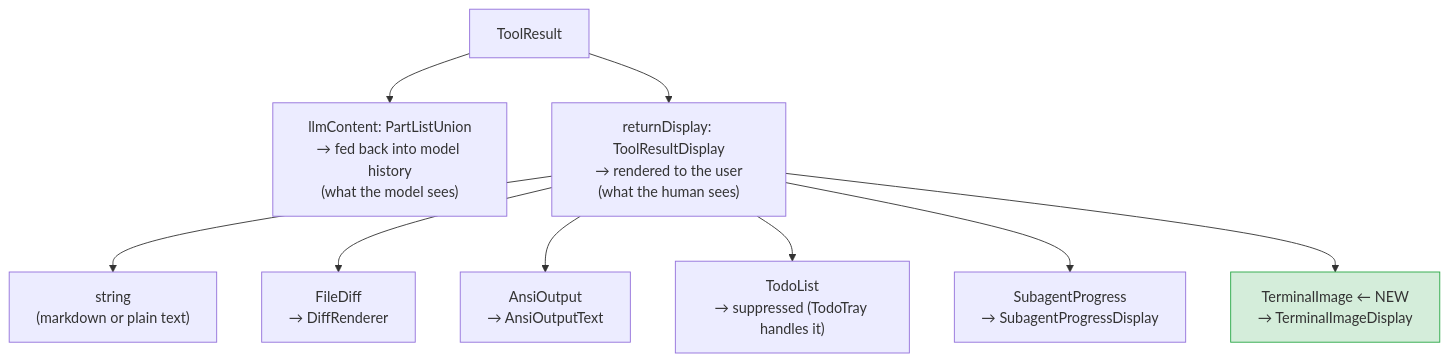
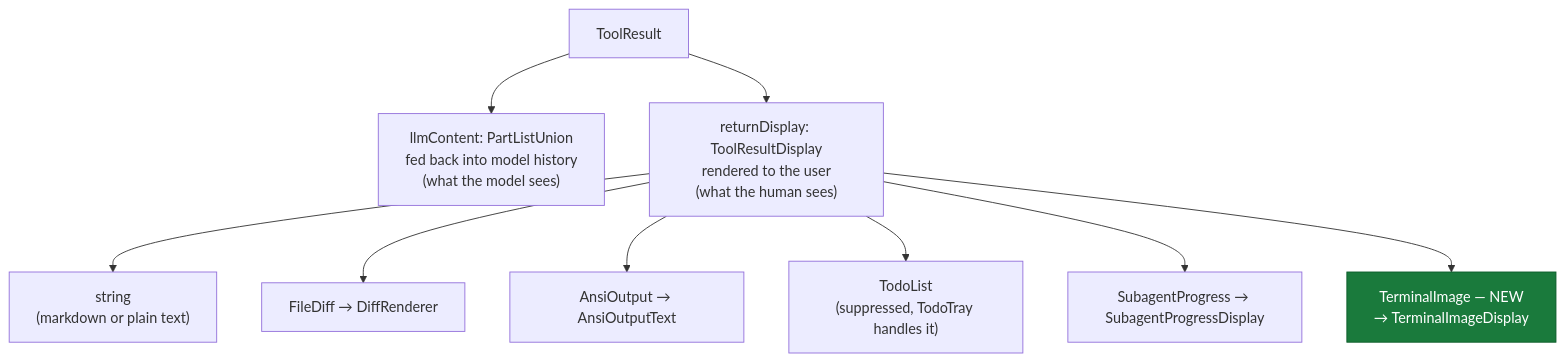
One commit to muddlebee/gemini-cli changed the second of 11 diagrams in docs/local/gsoc-proposal-visualization-v2.md. Above: the diagram before and after it, drawn with Mermaid. The commit also changed other lines of this file, not shown here.

Commit message:
refactor(docs): enhance Mermaid diagrams for clarity and consistency in GSoC proposal

````diff
--- a/docs/local/gsoc-proposal-visualization-v2.md
+++ b/docs/local/gsoc-proposal-visualization-v2.md
@@ -82,15 +82,15 @@
 ```mermaid
 flowchart TD
     TR["ToolResult"]
-    TR --> LC["llmContent: PartListUnion\n→ fed back into model history\n(what the model sees)"]
-    TR --> RD["returnDisplay: ToolResultDisplay\n→ rendered to the user\n(what the human sees)"]
+    TR --> LC["llmContent: PartListUnion<br/>fed back into model history<br/>(what the model sees)"]
+    TR --> RD["returnDisplay: ToolResultDisplay<br/>rendered to the user<br/>(what the human sees)"]
 
-    RD --> S["string\n(markdown or plain text)"]
-    RD --> FD["FileDiff\n→ DiffRenderer"]
-    RD --> AO["AnsiOutput\n→ AnsiOutputText"]
-    RD --> TL["TodoList\n→ suppressed (TodoTray handles it)"]
-    RD --> SP["SubagentProgress\n→ SubagentProgressDisplay"]
-    RD --> TI["TerminalImage ← NEW\n→ TerminalImageDisplay"]
+    RD --> S["string<br/>(markdown or plain text)"]
+    RD --> FD["FileDiff → DiffRenderer"]
+    RD --> AO["AnsiOutput → AnsiOutputText"]
+    RD --> TL["TodoList<br/>(suppressed, TodoTray handles it)"]
+    RD --> SP["SubagentProgress → SubagentProgressDisplay"]
+    RD --> TI["TerminalImage — NEW<br/>→ TerminalImageDisplay"]
 
-    style TI fill:#d4edda,stroke:#28a745
+    style TI fill:#1a7a3c,color:#ffffff,stroke:#0d5c2a
 ```
````
